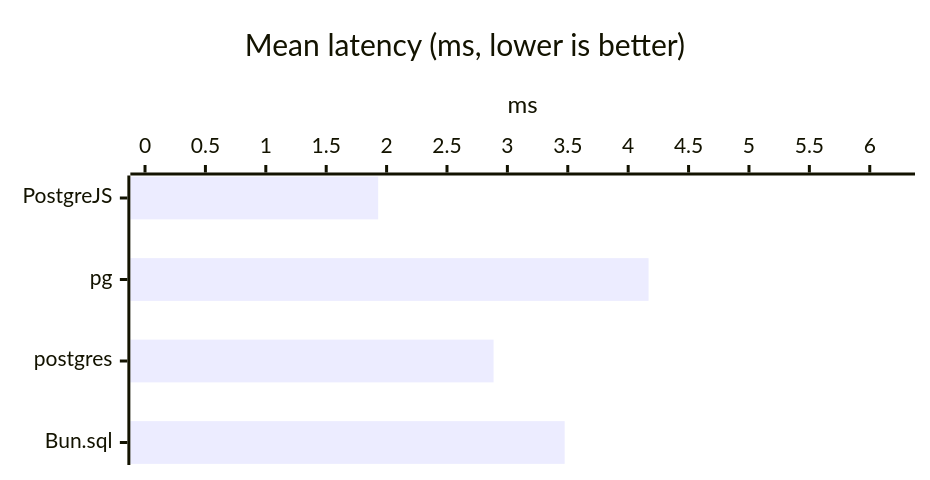
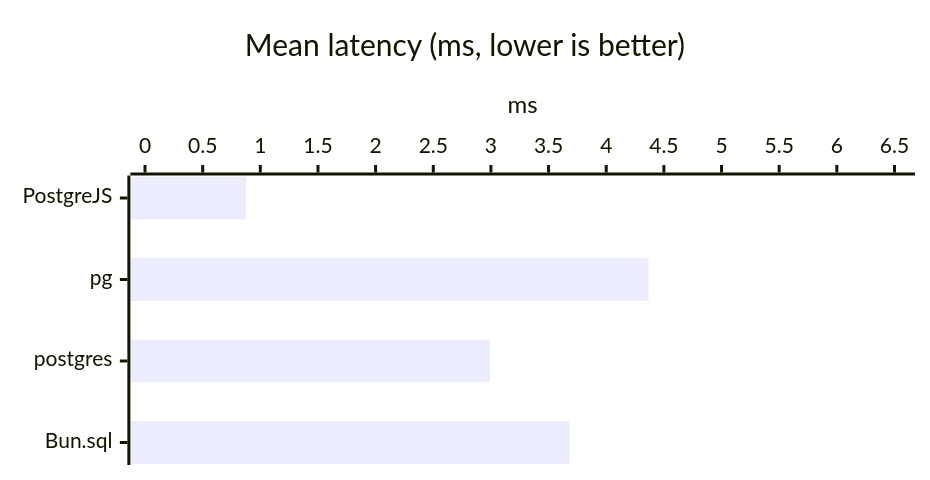
Before and after one commit to panates/postgrejs-doc: diagram 39 of 56 in docs/getting-started/benchmarks-bun.md, drawn with Mermaid. The commit also changed other lines of this file and 17 other files, not shown here.

````diff
--- a/docs/getting-started/benchmarks-bun.md
+++ b/docs/getting-started/benchmarks-bun.md
@@ -987,8 +987,8 @@
 ```mermaid
 %%{init: {'xyChart': {'width': 600, 'height': 300, 'chartOrientation': 'horizontal'}}}%%
 xychart-beta
     title "Mean latency (ms, lower is better)"
     x-axis ["PostgreJS", "pg", "postgres", "Bun.sql"]
-    y-axis "ms" 0.0000 --> 6.2532
-    bar [1.9301, 4.1688, 2.8855, 3.4741]
+    y-axis "ms" 0.0000 --> 6.5508
+    bar [0.8758, 4.3672, 2.9914, 3.6835]
 ```
````
